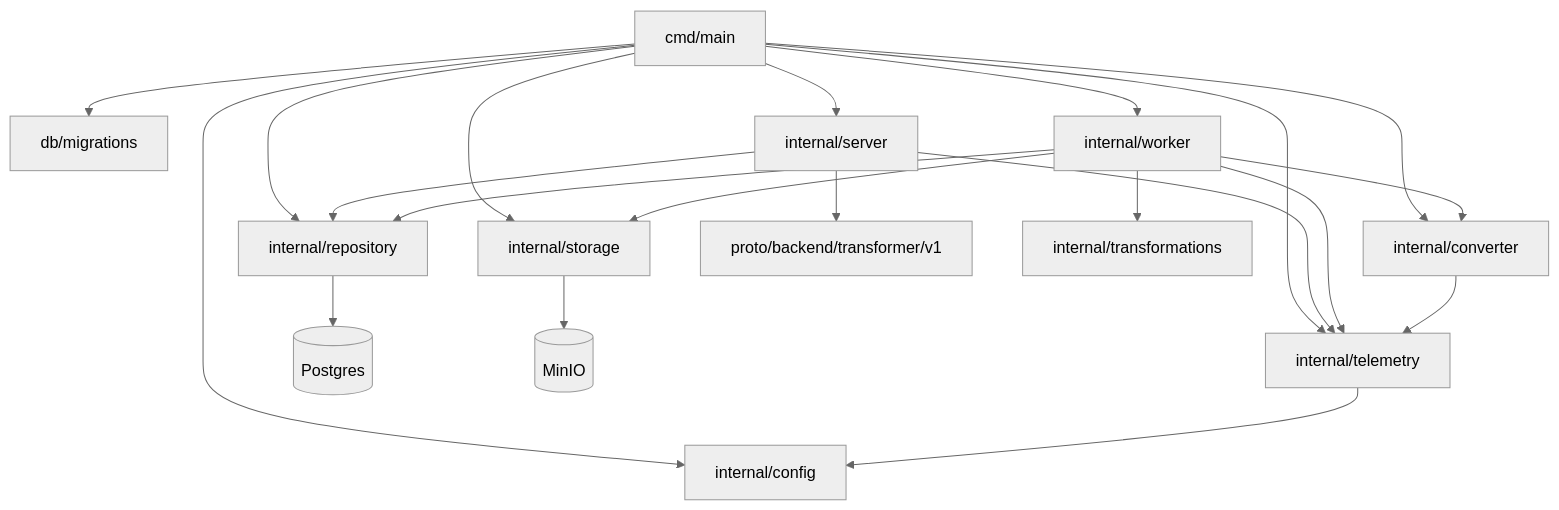
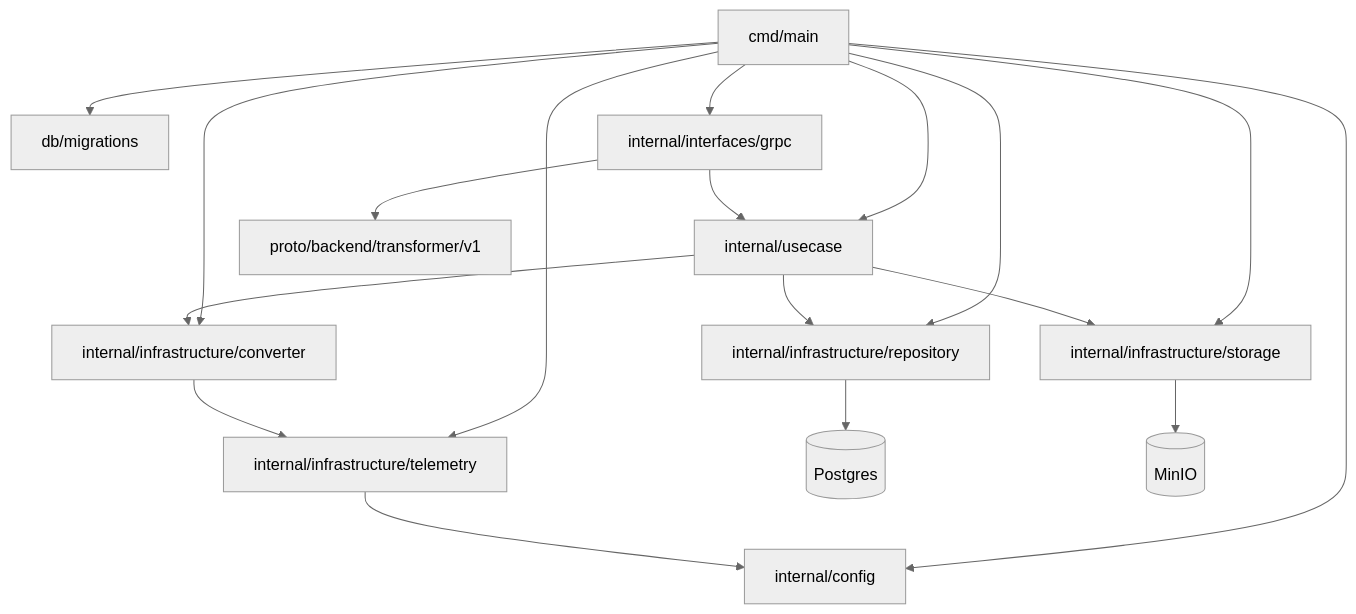
The diagram in backend/docling-transformer-service/code.md (FedorovTeam/mono-repo), drawn with Mermaid (neutral theme) before and after one commit. The commit also changed other lines of this file and 22 other files, not shown here.

````diff
--- a/backend/docling-transformer-service/code.md
+++ b/backend/docling-transformer-service/code.md
@@ -3,23 +3,20 @@
 ```mermaid
 graph TD
     main[cmd/main] --> cfg[internal/config]
-    main --> telemetry[internal/telemetry]
+    main --> telemetry[internal/infrastructure/telemetry]
     main --> migrations[db/migrations]
-    main --> storage[internal/storage]
-    main --> repo[internal/repository]
-    main --> conv[internal/converter]
-    main --> worker[internal/worker]
-    main --> srv[internal/server]
-    srv --> repo
-    srv --> telemetry
-    srv --> proto[proto/backend/transformer/v1]
-    worker --> repo
-    worker --> conv
-    worker --> storage
-    worker --> telemetry
-    worker --> transforms[internal/transformations]
+    main --> storage[internal/infrastructure/storage]
+    main --> repo[internal/infrastructure/repository]
+    main --> conv[internal/infrastructure/converter]
+    main --> usecases[internal/usecase]
+    main --> grpcsrv[internal/interfaces/grpc]
+    usecases --> repo
+    usecases --> conv
+    usecases --> storage
+    grpcsrv --> usecases
+    grpcsrv --> proto[proto/backend/transformer/v1]
     repo --> postgres[(Postgres)]
     storage --> minio[(MinIO)]
     conv --> telemetry
     telemetry --> cfg
 ```
````
